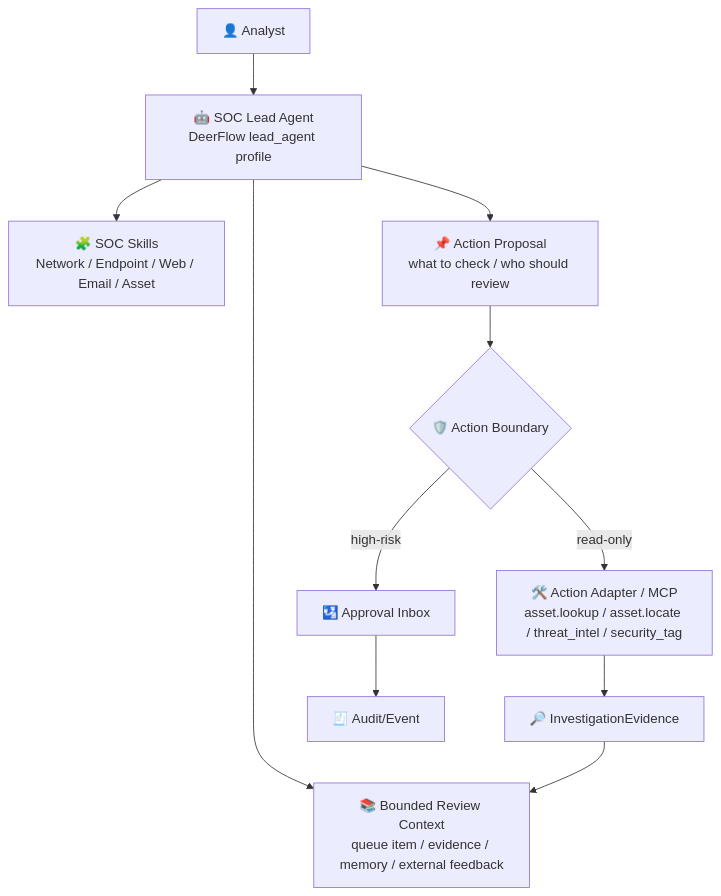
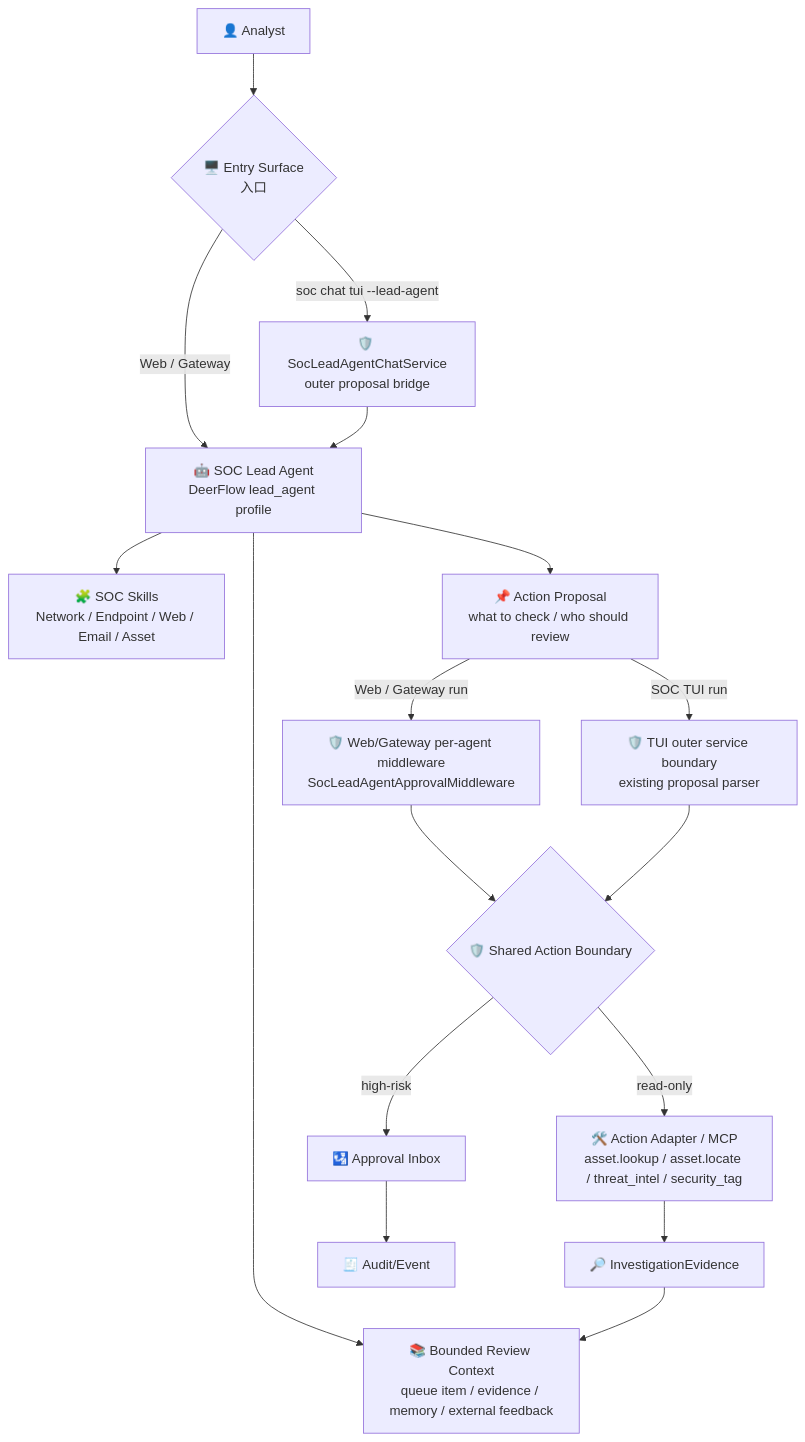
The eighth of 16 diagrams in .notes/ai_soc/soc-agent-solution.md (yydspanda/deer-flow), drawn with Mermaid before and after one commit. The commit also changed other lines of this file and 107 other files, not shown here.

Commit message:
feat(soc): complete governed lead agent workflows

````diff
--- a/.notes/ai_soc/soc-agent-solution.md
+++ b/.notes/ai_soc/soc-agent-solution.md
@@ -844,13 +844,19 @@
 ```mermaid
 flowchart TD
-    Analyst["👤 Analyst"] --> Lead["🤖 SOC Lead Agent<br/>DeerFlow lead_agent profile"]
+    Analyst["👤 Analyst"] --> Surface{"🖥️ Entry Surface<br/>入口"}
+    Surface -->|"Web / Gateway"| Lead["🤖 SOC Lead Agent<br/>DeerFlow lead_agent profile"]
+    Surface -->|"soc chat tui --lead-agent"| TuiBridge["🛡️ SocLeadAgentChatService<br/>outer proposal bridge"]
+    TuiBridge --> Lead
     Lead --> Context["📚 Bounded Review Context<br/>queue item / evidence / memory / external feedback"]
     Lead --> Skill["🧩 SOC Skills<br/>Network / Endpoint / Web / Email / Asset"]
     Lead --> Proposal["📌 Action Proposal<br/>what to check / who should review"]
-    Proposal --> Router{"🛡️ Action Boundary"}
+    Proposal -->|"Web / Gateway run"| WebBridge["🛡️ Web/Gateway per-agent middleware<br/>SocLeadAgentApprovalMiddleware"]
+    Proposal -->|"SOC TUI run"| TuiBoundary["🛡️ TUI outer service boundary<br/>existing proposal parser"]
+    WebBridge --> Router{"🛡️ Shared Action Boundary"}
+    TuiBoundary --> Router
     Router -->|"read-only"| Adapter["🛠️ Action Adapter / MCP<br/>asset.lookup / asset.locate / threat_intel / security_tag"]
     Router -->|"high-risk"| Approval["🛂 Approval Inbox"]
     Adapter --> Evidence["🔎 InvestigationEvidence"]
     Evidence --> Context
     Approval --> Audit["🧾 Audit/Event"]
 ```
````
